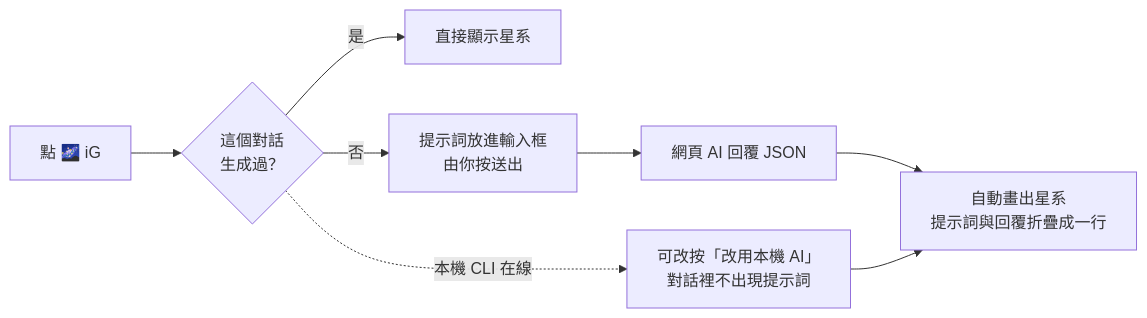
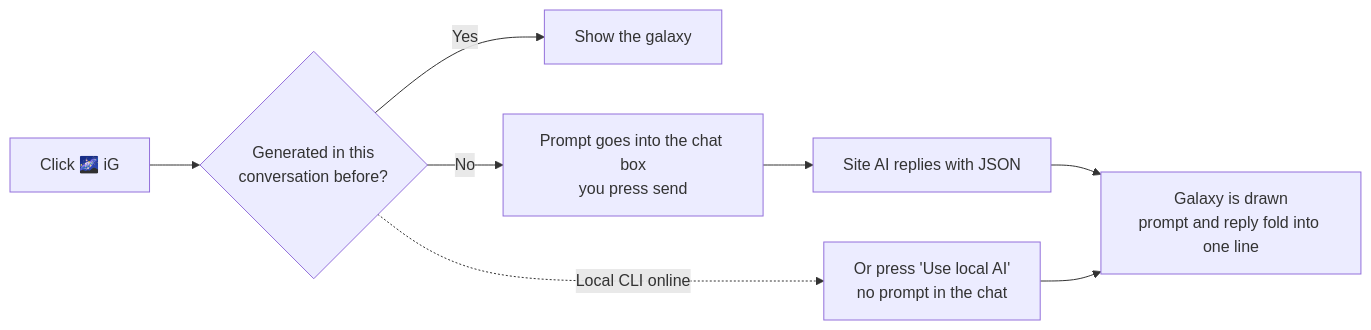
Before and after one commit to stephen-taipei/intent-galaxy: the fourth of 4 diagrams in README.md, drawn with Mermaid. The commit also changed other lines of this file and 6 other files, not shown here.

````diff
--- a/README.md
+++ b/README.md
@@ -227,10 +235,10 @@
 ```mermaid
 flowchart LR
-    A["點 🌌 iG"] --> B{"這個對話<br/>生成過？"}
-    B -- 是 --> C["直接顯示星系"]
-    B -- 否 --> D["提示詞放進輸入框<br/>由你按送出"]
-    D --> E["網頁 AI 回覆 JSON"]
-    E --> F["自動畫出星系<br/>提示詞與回覆折疊成一行"]
-    B -. 本機 CLI 在線 .-> G["可改按「改用本機 AI」<br/>對話裡不出現提示詞"]
+    A["Click 🌌 iG"] --> B{"Generated in this<br/>conversation before?"}
+    B -- Yes --> C["Show the galaxy"]
+    B -- No --> D["Prompt goes into the chat box<br/>you press send"]
+    D --> E["Site AI replies with JSON"]
+    E --> F["Galaxy is drawn<br/>prompt and reply fold into one line"]
+    B -. Local CLI online .-> G["Or press 'Use local AI'<br/>no prompt in the chat"]
     G --> F
 ```
````
